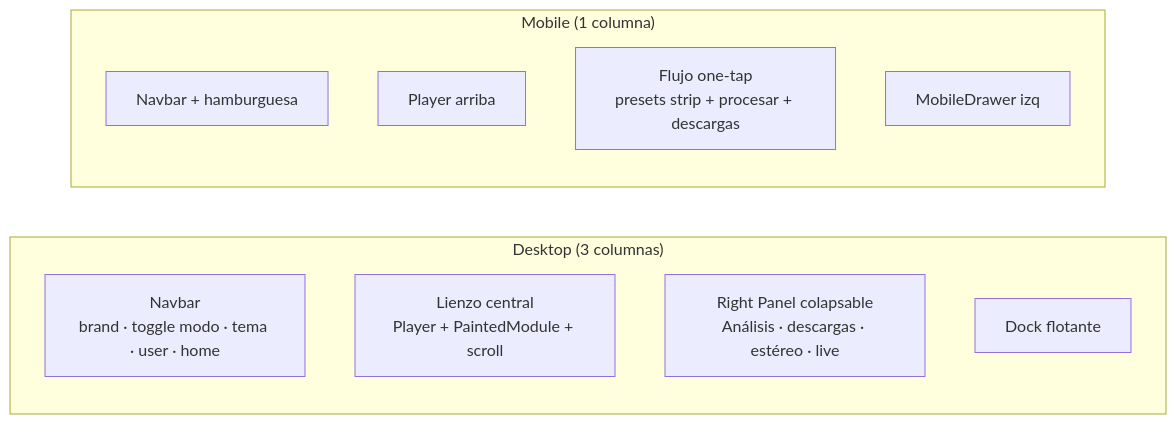
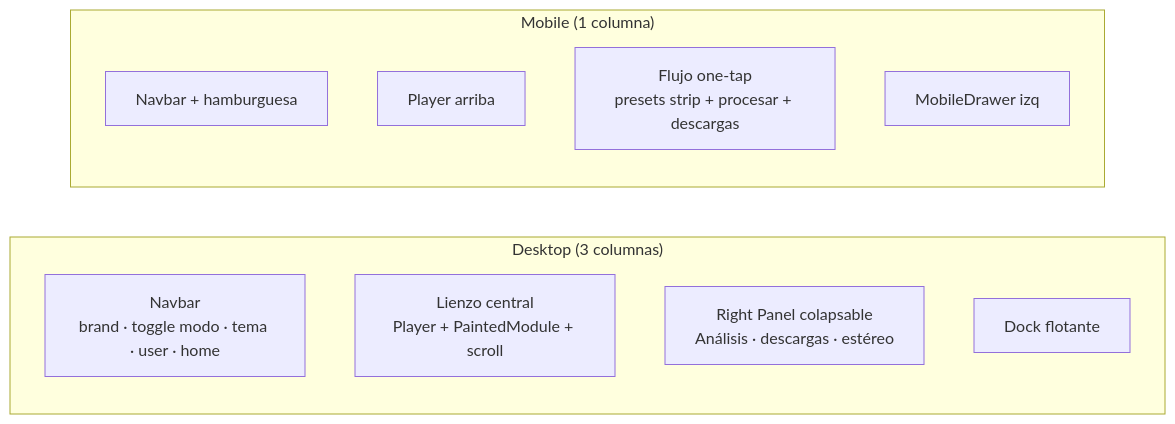
Before and after one commit to Masive-porjects/Brik: the sixth of 8 diagrams in docs/manual/UX_MAP.md, drawn with Mermaid. The commit also changed other lines of this file and 13 other files, not shown here.

````diff
--- a/docs/manual/UX_MAP.md
+++ b/docs/manual/UX_MAP.md
@@ -81,15 +81,15 @@
 ```mermaid
 flowchart LR
     subgraph Desktop["Desktop (3 columnas)"]
         Nav[Navbar<br/>brand · toggle modo · tema · user · home]
         Cen[Lienzo central<br/>Player + PaintedModule + scroll]
-        RP[Right Panel colapsable<br/>Análisis · descargas · estéreo · live]
+          RP[Right Panel colapsable<br/>Análisis · descargas · estéreo]
         Dock2[Dock flotante]
     end
     subgraph Mobile["Mobile (1 columna)"]
         Nav2[Navbar + hamburguesa]
         MPlayer[Player arriba]
         MS[Flujo one-tap<br/>presets strip + procesar + descargas]
         MD[MobileDrawer izq]
     end
 ```
````
